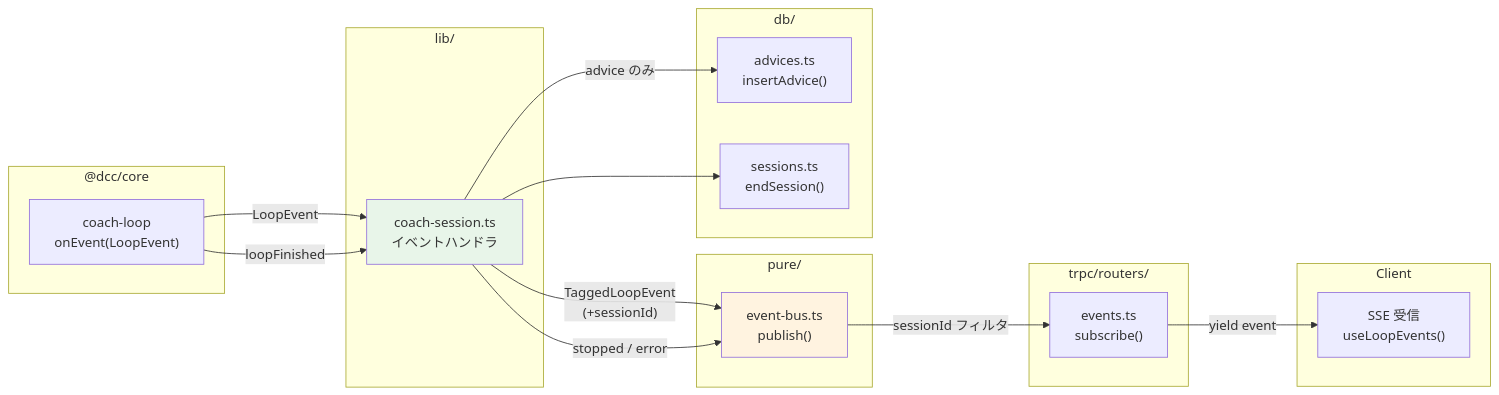
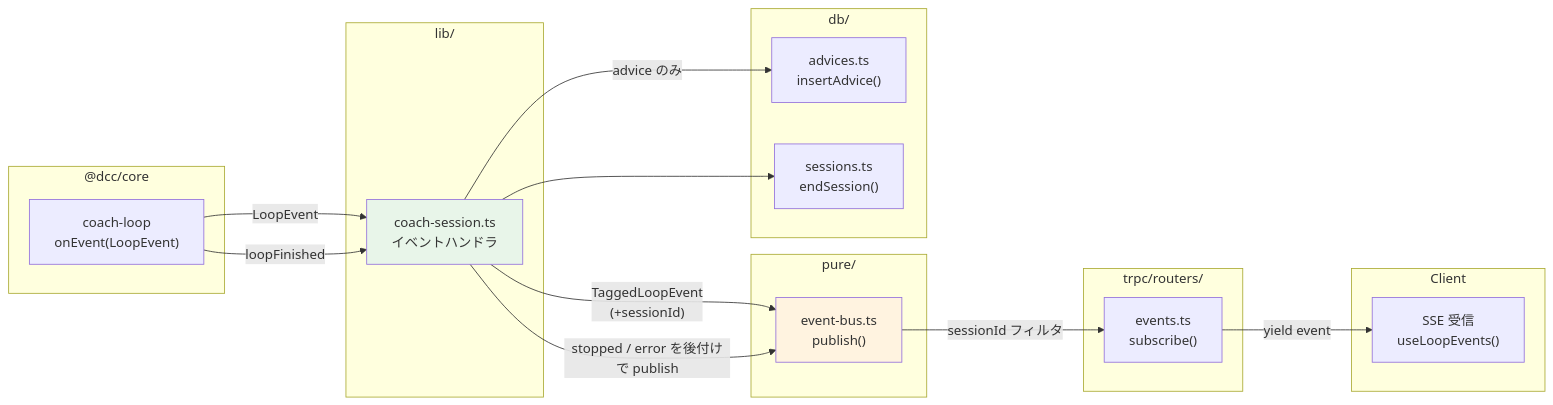
The fifth of 8 diagrams in packages/server/docs/reading-guide.md (yukaorange/dcc_suport), drawn with Mermaid before and after one commit. The commit also changed other lines of this file and 13 other files, not shown here.

````diff
--- a/packages/server/docs/reading-guide.md
+++ b/packages/server/docs/reading-guide.md
@@ -150,40 +181,40 @@
 ```mermaid
 flowchart LR
     subgraph "@dcc/core"
         CL["coach-loop\nonEvent(LoopEvent)"]
     end
 
     subgraph "lib/"
         CS["coach-session.ts\nイベントハンドラ"]
     end
 
     subgraph "pure/"
         EB["event-bus.ts\npublish()"]
     end
 
     subgraph "db/"
         ADV["advices.ts\ninsertAdvice()"]
         SESS["sessions.ts\nendSession()"]
     end
 
     subgraph "trpc/routers/"
         EV["events.ts\nsubscribe()"]
     end
 
     subgraph "Client"
         SSE["SSE 受信\nuseLoopEvents()"]
     end
 
     CL -->|"LoopEvent"| CS
     CS -->|"TaggedLoopEvent\n(+sessionId)"| EB
     CS -->|"advice のみ"| ADV
     EB -->|"sessionId フィルタ"| EV
     EV -->|"yield event"| SSE
 
     CL -->|"loopFinished"| CS
-    CS -->|"stopped / error"| EB
+    CS -->|"stopped / error を後付けで publish"| EB
     CS --> SESS
 
     style EB fill:#fff3e0
     style CS fill:#e8f5e9
 ```
````
